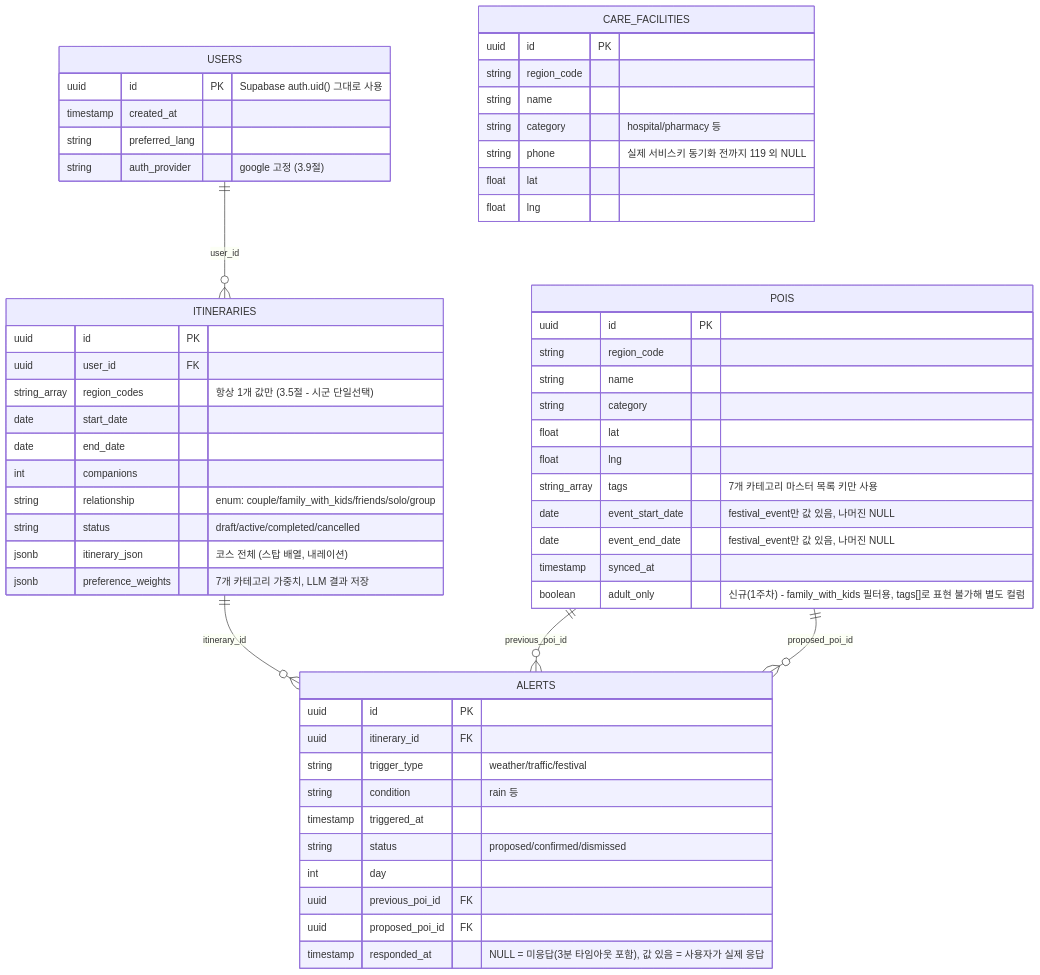
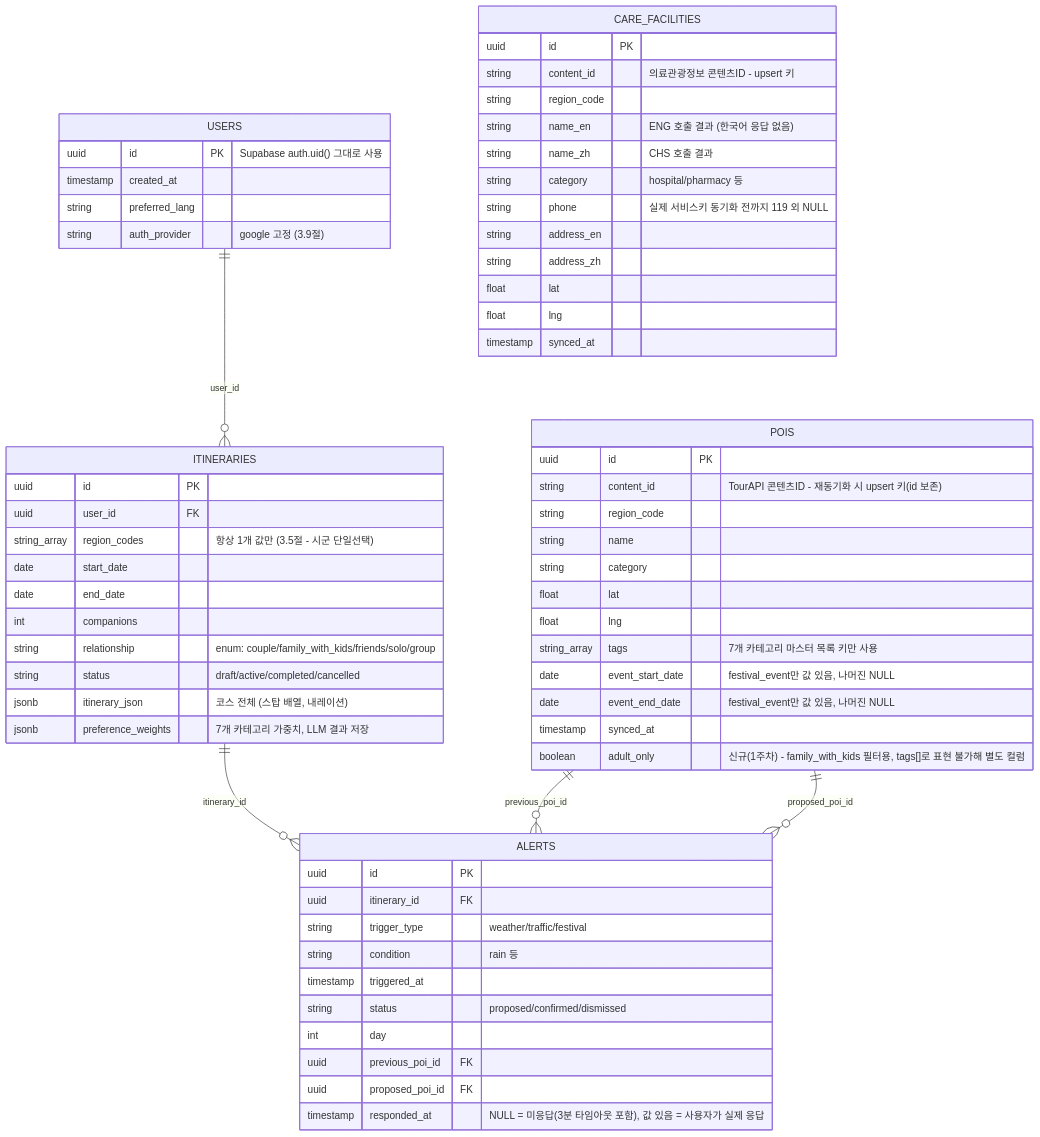
One commit to csh0616/GangWon_Go changed the first of 5 diagrams in docs/ERD_SEQUENCE.md. Above: the diagram before and after it, drawn with Mermaid. The commit also changed 2 other files, not shown here.

Commit message:
docs: 라운드 2 지시서 + content_id/care_facilities 다국어 컬럼 반영

````diff
--- a/docs/ERD_SEQUENCE.md
+++ b/docs/ERD_SEQUENCE.md
@@ -12,64 +12,70 @@
 ```mermaid
 erDiagram
     USERS ||--o{ ITINERARIES : "user_id"
     ITINERARIES ||--o{ ALERTS : "itinerary_id"
     POIS ||--o{ ALERTS : "previous_poi_id"
     POIS ||--o{ ALERTS : "proposed_poi_id"
 
     USERS {
         uuid id PK "Supabase auth.uid() 그대로 사용"
         timestamp created_at
         string preferred_lang
         string auth_provider "google 고정 (3.9절)"
     }
 
     ITINERARIES {
         uuid id PK
         uuid user_id FK
         string_array region_codes "항상 1개 값만 (3.5절 - 시군 단일선택)"
         date start_date
         date end_date
         int companions
         string relationship "enum: couple/family_with_kids/friends/solo/group"
         string status "draft/active/completed/cancelled"
         jsonb itinerary_json "코스 전체 (스탑 배열, 내레이션)"
         jsonb preference_weights "7개 카테고리 가중치, LLM 결과 저장"
     }
 
     POIS {
         uuid id PK
+        string content_id "TourAPI 콘텐츠ID - 재동기화 시 upsert 키(id 보존)"
         string region_code
         string name
         string category
         float lat
         float lng
         string_array tags "7개 카테고리 마스터 목록 키만 사용"
         date event_start_date "festival_event만 값 있음, 나머진 NULL"
         date event_end_date "festival_event만 값 있음, 나머진 NULL"
         timestamp synced_at
         boolean adult_only "신규(1주차) - family_with_kids 필터용, tags[]로 표현 불가해 별도 컬럼"
     }
 
     CARE_FACILITIES {
         uuid id PK
+        string content_id "의료관광정보 콘텐츠ID - upsert 키"
         string region_code
-        string name
+        string name_en "ENG 호출 결과 (한국어 응답 없음)"
+        string name_zh "CHS 호출 결과"
         string category "hospital/pharmacy 등"
         string phone "실제 서비스키 동기화 전까지 119 외 NULL"
+        string address_en
+        string address_zh
         float lat
         float lng
+        timestamp synced_at
     }
 
     ALERTS {
         uuid id PK
         uuid itinerary_id FK
         string trigger_type "weather/traffic/festival"
         string condition "rain 등"
         timestamp triggered_at
         string status "proposed/confirmed/dismissed"
         int day
         uuid previous_poi_id FK
         uuid proposed_poi_id FK
         timestamp responded_at "NULL = 미응답(3분 타임아웃 포함), 값 있음 = 사용자가 실제 응답"
     }
 ```
````
